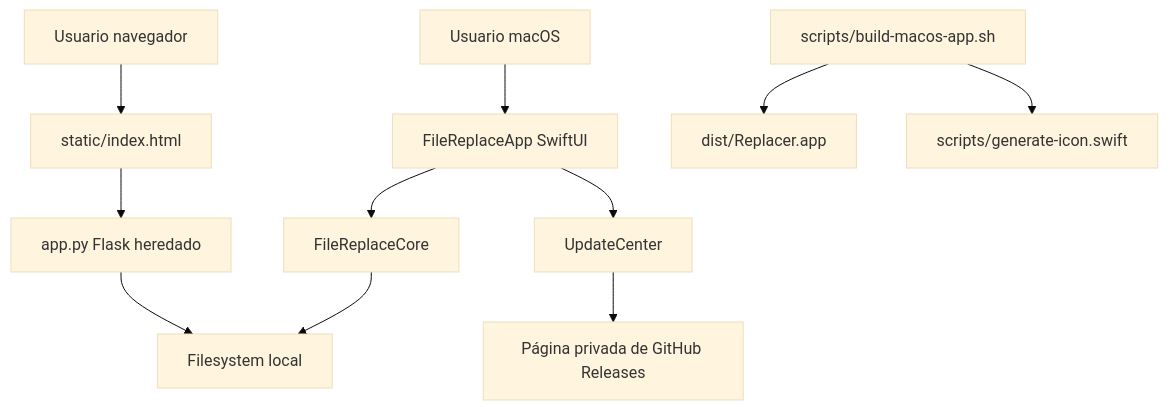
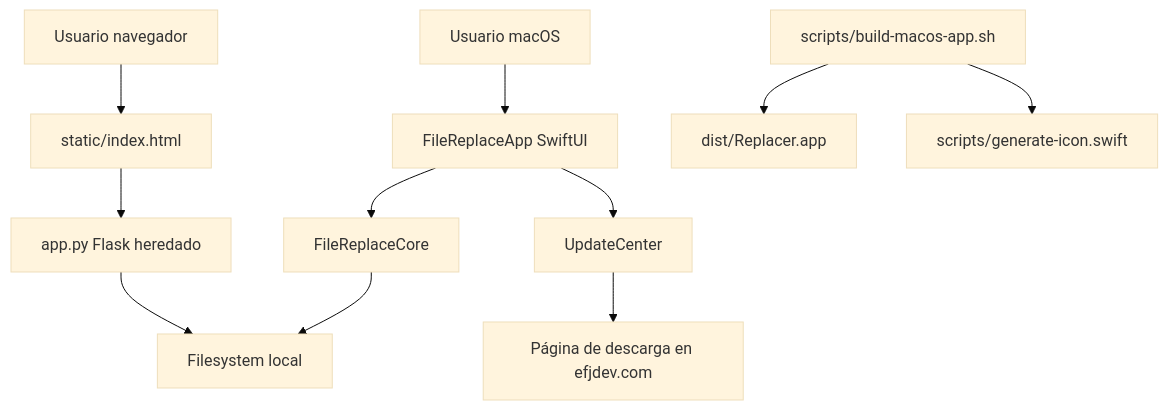
The diagram in docs/ARCHITECTURE.md (edfrutos/file-replace-app), drawn with Mermaid (base theme) before and after one commit. The commit also changed other lines of this file and 2 other files, not shown here.

First line of the commit message:
Open the efjdev.com download page from Check for Updates

````diff
--- a/docs/ARCHITECTURE.md
+++ b/docs/ARCHITECTURE.md
@@ -10,13 +10,13 @@
 ```mermaid
 graph TD
     User["Usuario macOS"] --> SwiftUI["FileReplaceApp SwiftUI"]
     SwiftUI --> Core["FileReplaceCore"]
     Core --> FS["Filesystem local"]
     SwiftUI --> Updates["UpdateCenter"]
-    Updates --> GitHub["Página privada de GitHub Releases"]
+    Updates --> Web["Página de descarga en efjdev.com"]
     UserWeb["Usuario navegador"] --> LegacyUI["static/index.html"]
     LegacyUI --> Flask["app.py Flask heredado"]
     Flask --> FS
     Build["scripts/build-macos-app.sh"] --> Bundle["dist/Replacer.app"]
     Build --> Icon["scripts/generate-icon.swift"]
 ```
````
